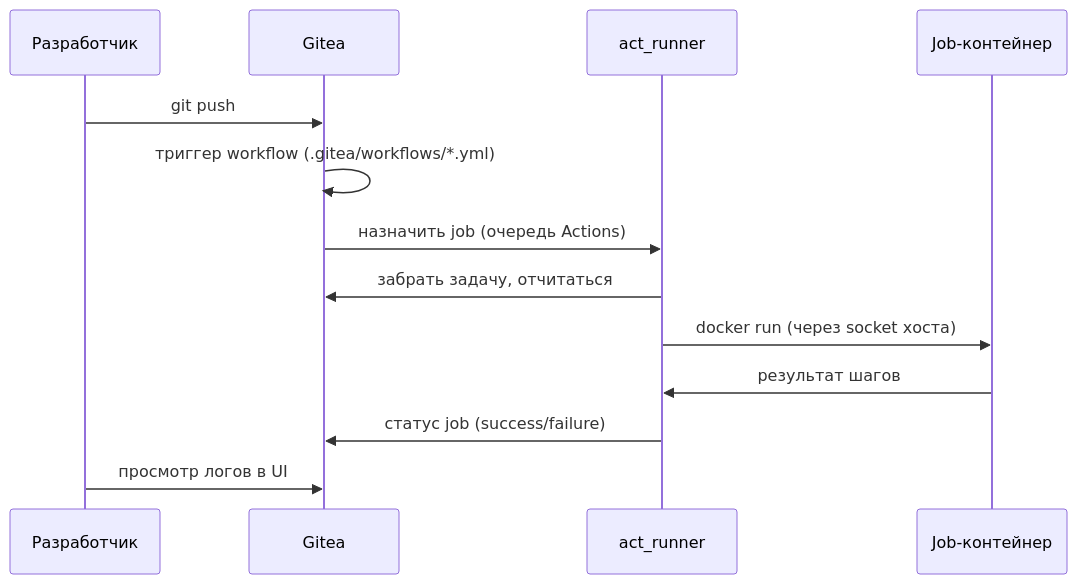
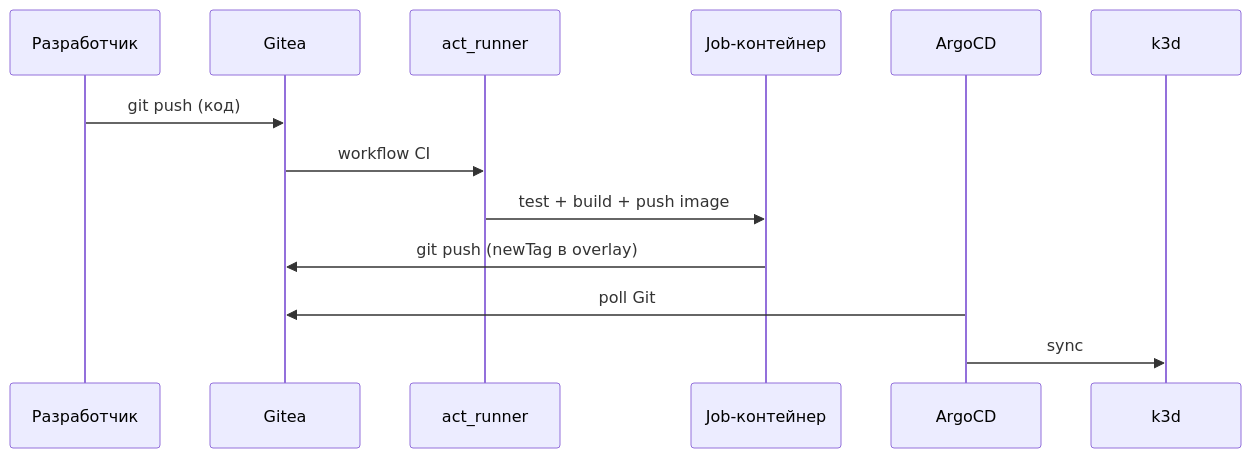
The third of 4 diagrams in documentation/EnvironmentObsidian/Схема проекта.md (KRTone/environment), drawn with Mermaid before and after one commit. The commit also changed other lines of this file and 42 other files, not shown here.

````diff
--- a/documentation/EnvironmentObsidian/Схема проекта.md
+++ b/documentation/EnvironmentObsidian/Схема проекта.md
@@ -111,16 +118,16 @@
 ```mermaid
 sequenceDiagram
     participant Dev as Разработчик
     participant Gitea as Gitea
     participant Runner as act_runner
     participant Job as Job-контейнер
+    participant ArgoCD as ArgoCD
+    participant K8s as k3d
 
-    Dev->>Gitea: git push
-    Gitea->>Gitea: триггер workflow (.gitea/workflows/*.yml)
-    Gitea->>Runner: назначить job (очередь Actions)
-    Runner->>Gitea: забрать задачу, отчитаться
-    Runner->>Job: docker run (через socket хоста)
-    Job->>Runner: результат шагов
-    Runner->>Gitea: статус job (success/failure)
-    Dev->>Gitea: просмотр логов в UI
+    Dev->>Gitea: git push (код)
+    Gitea->>Runner: workflow CI
+    Runner->>Job: test + build + push image
+    Job->>Gitea: git push (newTag в overlay)
+    ArgoCD->>Gitea: poll Git
+    ArgoCD->>K8s: sync
 ```
````
